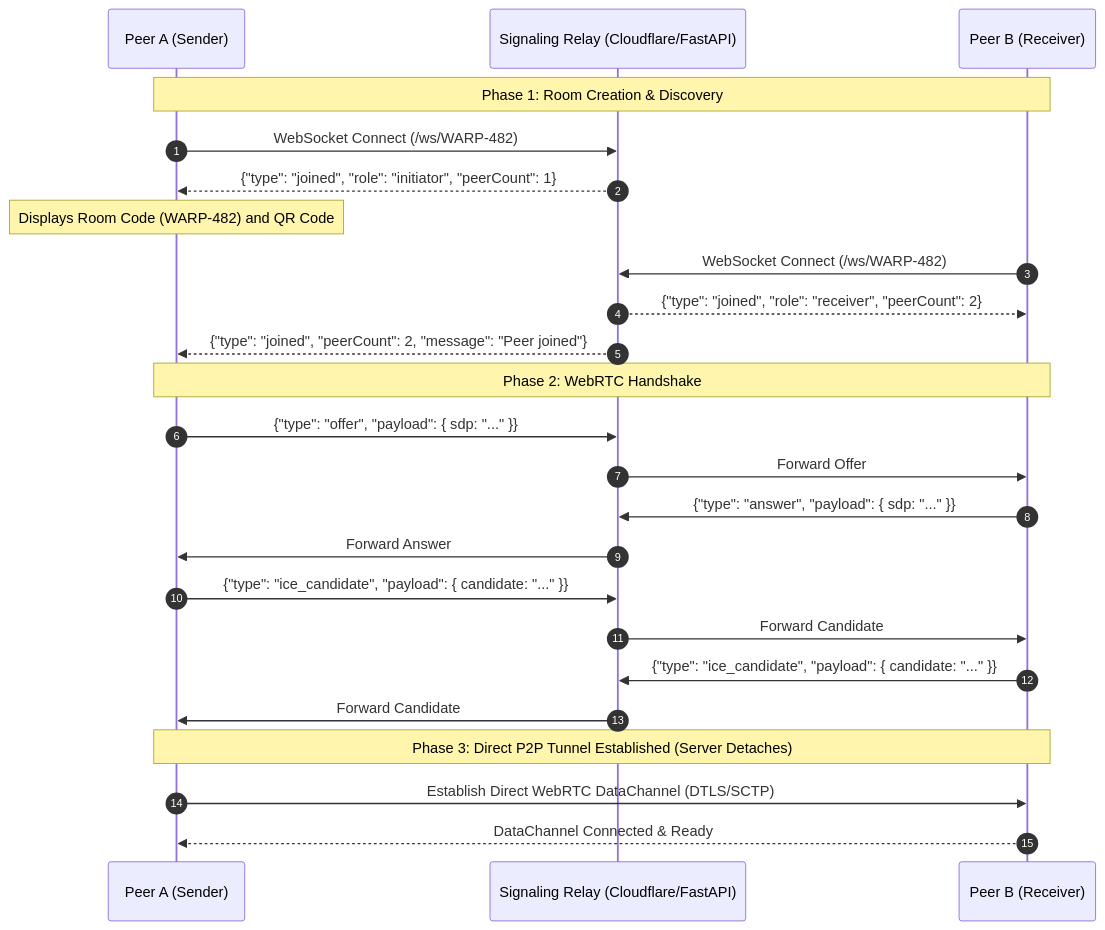
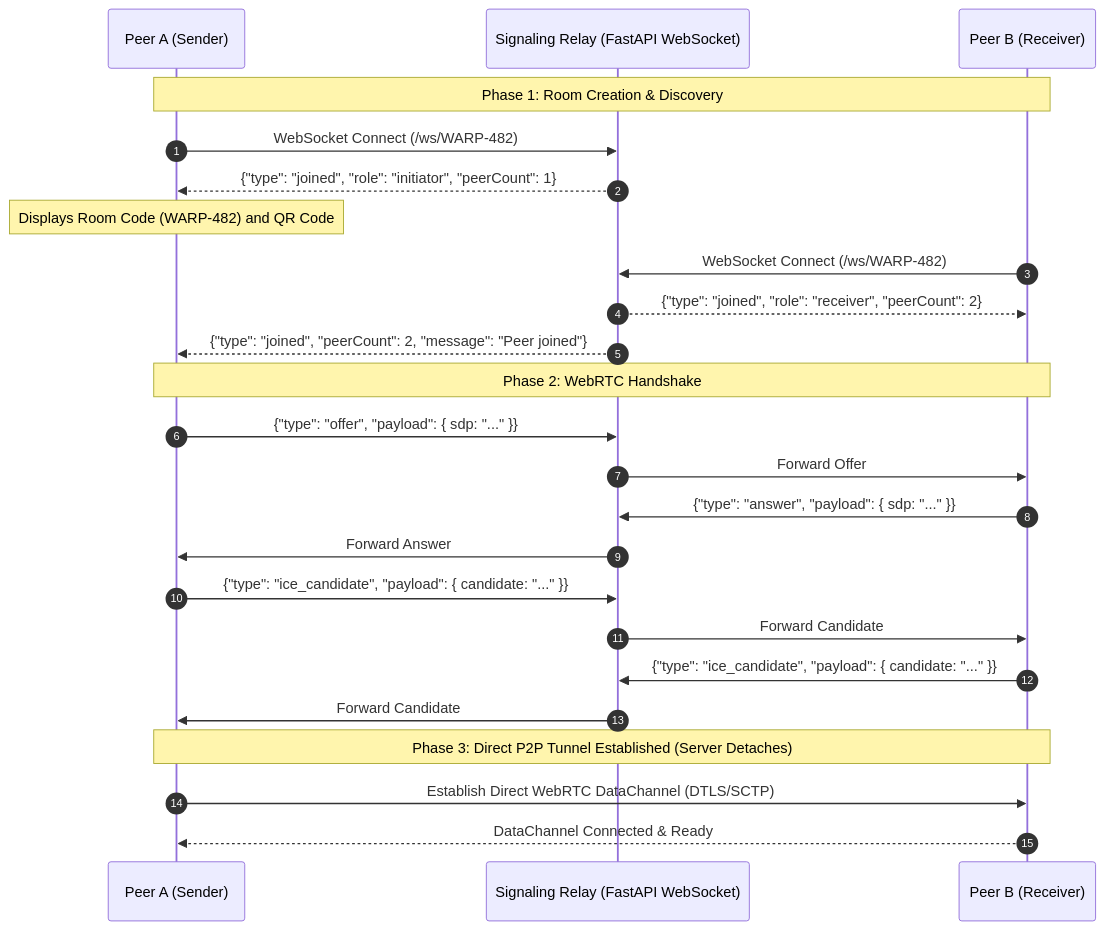
One commit to AhmedKhalid0/peerwarp changed the second of 2 diagrams in docs/ARCHITECTURE.md. Above: the diagram before and after it, drawn with Mermaid. The commit also changed 3 other files, not shown here.

Commit message:
fix: resolve Mermaid sequence diagram syntax error and remove residual Cloudflare references

````diff
--- a/docs/ARCHITECTURE.md
+++ b/docs/ARCHITECTURE.md
@@ -69,31 +69,31 @@
 ```mermaid
 sequenceDiagram
     autonumber
     participant Sender as Peer A (Sender)
-    participant Server as Signaling Relay (Cloudflare/FastAPI)
+    participant Server as Signaling Relay (FastAPI WebSocket)
     participant Receiver as Peer B (Receiver)
 
     Note over Sender,Receiver: Phase 1: Room Creation & Discovery
     Sender->>Server: WebSocket Connect (/ws/WARP-482)
     Server-->>Sender: {"type": "joined", "role": "initiator", "peerCount": 1}
     Note over Sender: Displays Room Code (WARP-482) and QR Code
 
     Receiver->>Server: WebSocket Connect (/ws/WARP-482)
     Server-->>Receiver: {"type": "joined", "role": "receiver", "peerCount": 2}
     Server-->>Sender: {"type": "joined", "peerCount": 2, "message": "Peer joined"}
 
     Note over Sender,Receiver: Phase 2: WebRTC Handshake
     Sender->>Server: {"type": "offer", "payload": { sdp: "..." }}
     Server->>Receiver: Forward Offer
     Receiver->>Server: {"type": "answer", "payload": { sdp: "..." }}
     Server->>Sender: Forward Answer
 
     Sender->>Server: {"type": "ice_candidate", "payload": { candidate: "..." }}
     Server->>Receiver: Forward Candidate
     Receiver->>Server: {"type": "ice_candidate", "payload": { candidate: "..." }}
     Server->>Sender: Forward Candidate
 
     Note over Sender,Receiver: Phase 3: Direct P2P Tunnel Established (Server Detaches)
     Sender->>Receiver: Establish Direct WebRTC DataChannel (DTLS/SCTP)
     Receiver-->>Sender: DataChannel Connected & Ready
 ```
````
